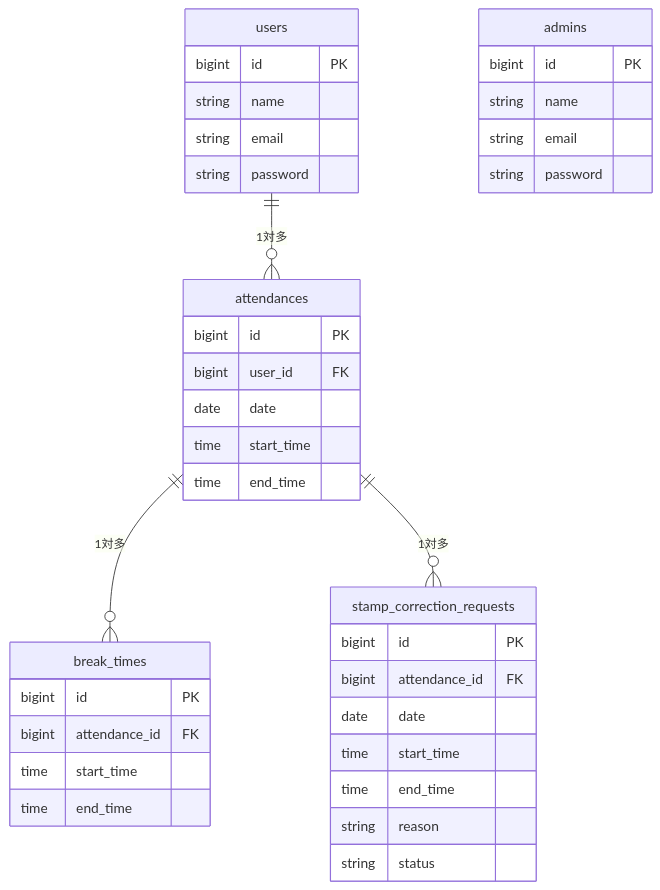
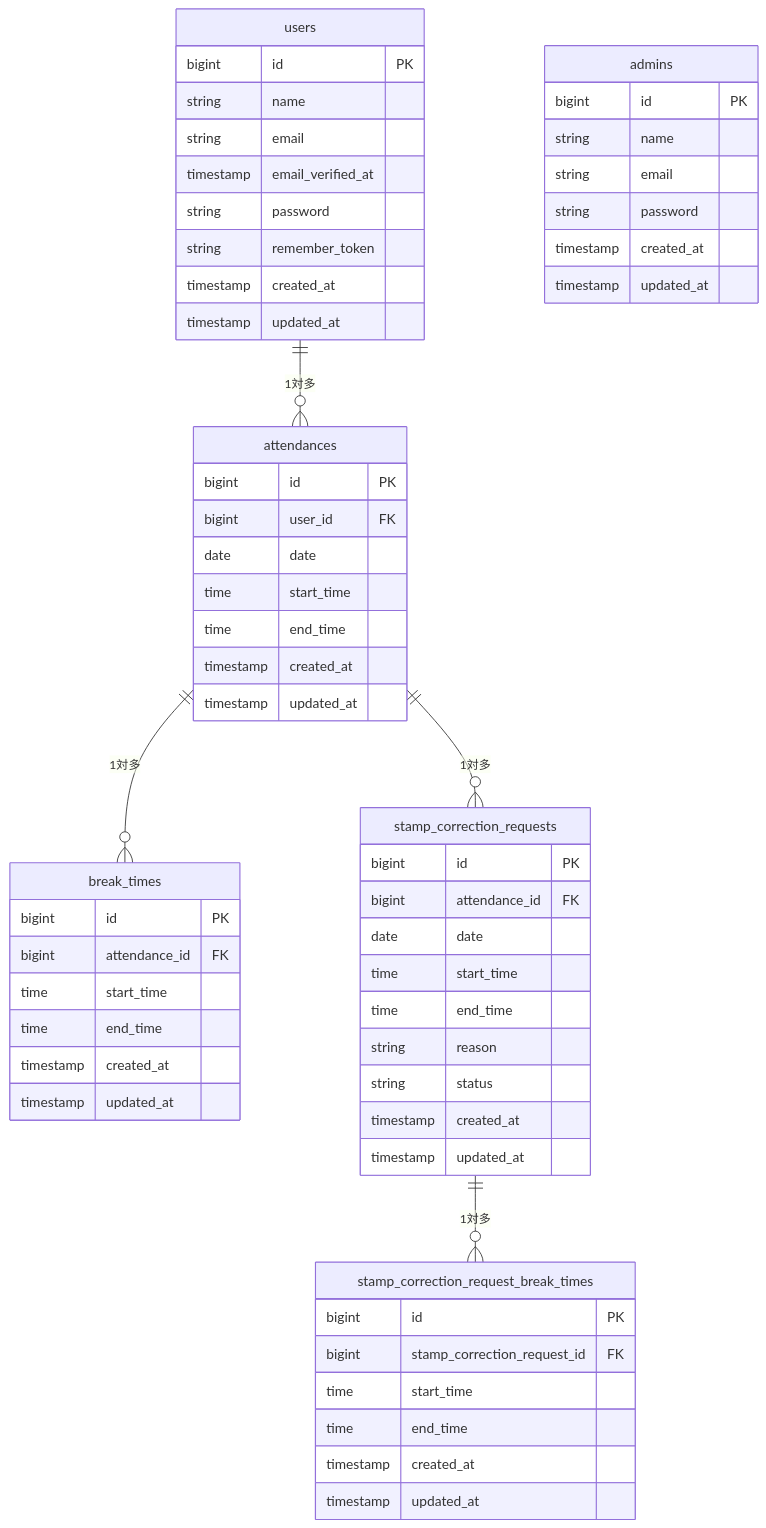
Before and after one commit to megumi2233/attendance-app: the diagram in README.md, drawn with Mermaid. The commit also changed other lines of this file and 1 other file, not shown here.

````diff
--- a/README.md
+++ b/README.md
@@ -27,41 +250,62 @@
 ```mermaid
 erDiagram
     users ||--o{ attendances : "1対多"
     attendances ||--o{ break_times : "1対多"
     attendances ||--o{ stamp_correction_requests : "1対多"
+    stamp_correction_requests ||--o{ stamp_correction_request_break_times : "1対多"
 
     users {
         bigint id PK
         string name
         string email
+        timestamp email_verified_at
         string password
+        string remember_token
+        timestamp created_at
+        timestamp updated_at
     }
     admins {
         bigint id PK
         string name
         string email
         string password
+        timestamp created_at
+        timestamp updated_at
     }
     attendances {
         bigint id PK
         bigint user_id FK
         date date
         time start_time
         time end_time
+        timestamp created_at
+        timestamp updated_at
     }
     break_times {
         bigint id PK
         bigint attendance_id FK
         time start_time
         time end_time
+        timestamp created_at
+        timestamp updated_at
     }
     stamp_correction_requests {
         bigint id PK
         bigint attendance_id FK
         date date
         time start_time
         time end_time
         string reason
         string status
+        timestamp created_at
+        timestamp updated_at
+    }
+    stamp_correction_request_break_times {
+        bigint id PK
+        bigint stamp_correction_request_id FK
+        time start_time
+        time end_time
+        timestamp created_at
+        timestamp updated_at
     }
 ```
````
